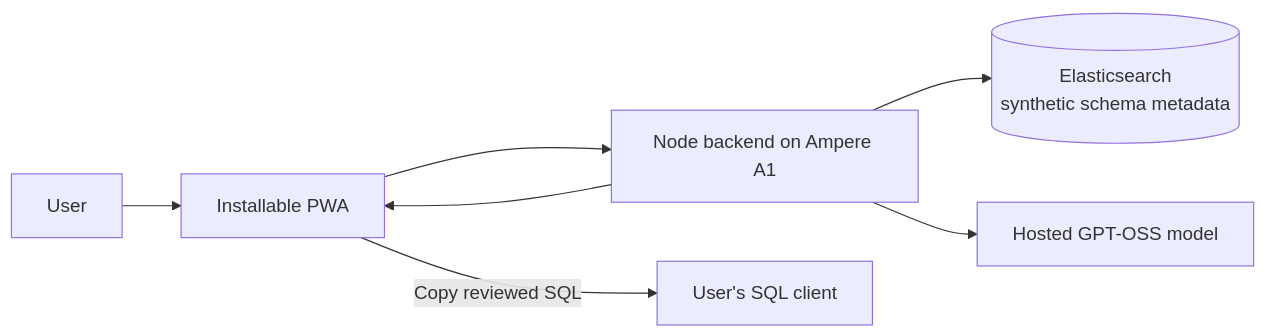
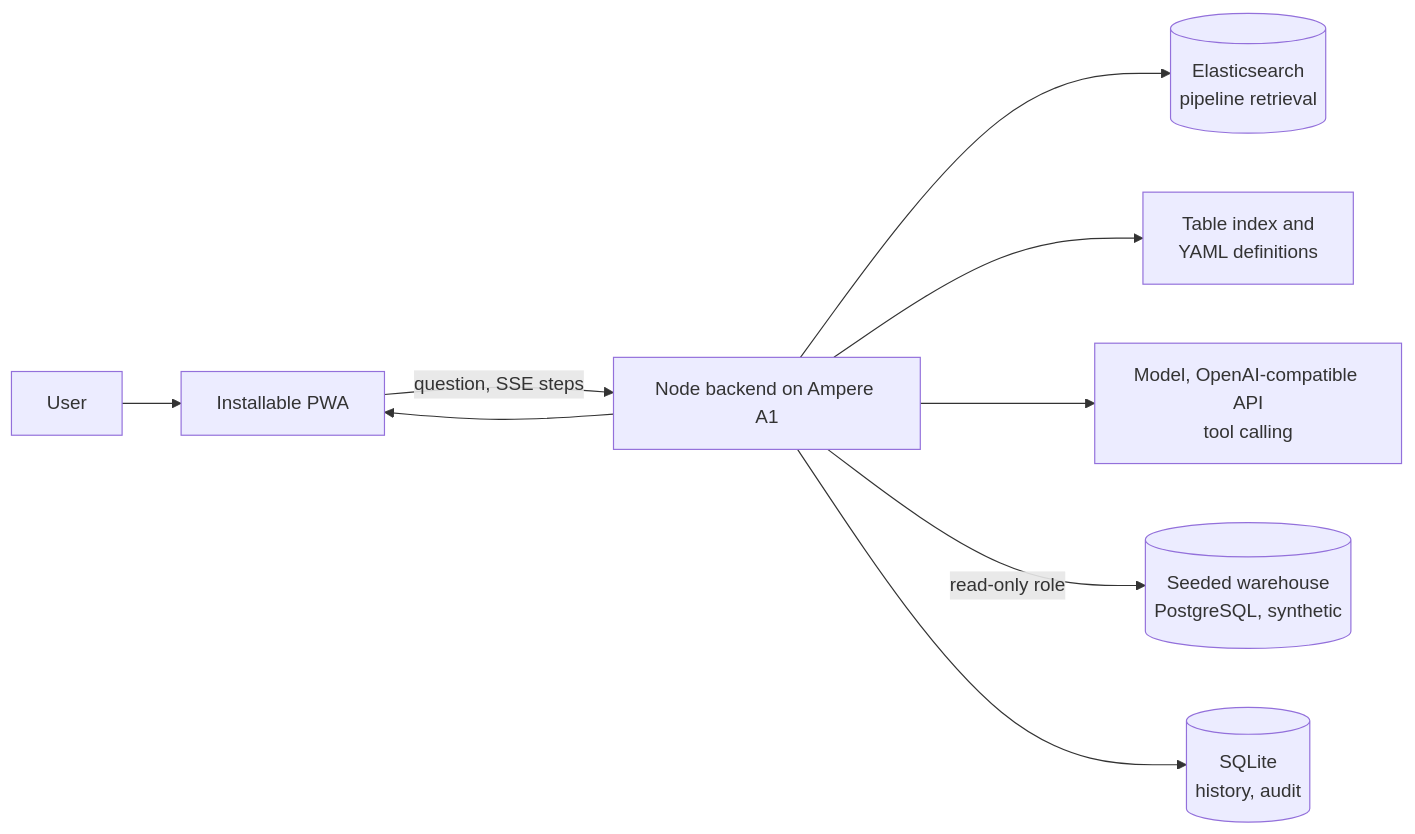
The diagram in README.md (zandaulion/semantic-layer-poc), drawn with Mermaid before and after one commit. The commit also changed other lines of this file and 41 other files, not shown here.

First line of the commit message:
Add an agent answer mode, a read-only warehouse, and harder benchmark questions

````diff
--- a/README.md
+++ b/README.md
@@ -20,9 +21,11 @@
 ```mermaid
 flowchart LR
     U[User] --> P[Installable PWA]
-    P --> A[Node backend on Ampere A1]
-    A --> E[(Elasticsearch<br/>synthetic schema metadata)]
-    A --> M[Hosted GPT-OSS model]
+    P -->|question, SSE steps| A[Node backend on Ampere A1]
+    A --> E[(Elasticsearch<br/>pipeline retrieval)]
+    A --> Y[Table index and<br/>YAML definitions]
+    A --> M[Model, OpenAI-compatible API<br/>tool calling]
+    A -->|read-only role| W[(Seeded warehouse<br/>PostgreSQL, synthetic)]
+    A --> S[(SQLite<br/>history, audit)]
     A --> P
-    P -->|Copy reviewed SQL| C[User's SQL client]
 ```
````
